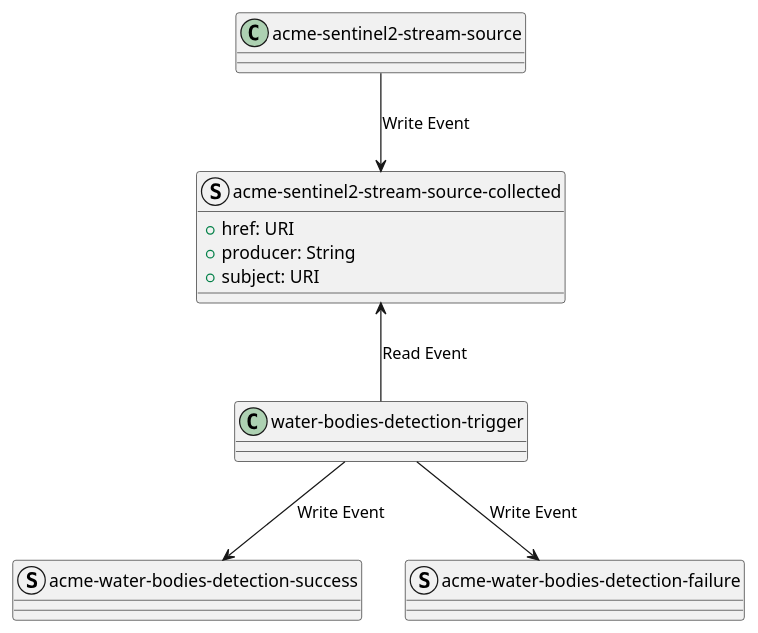
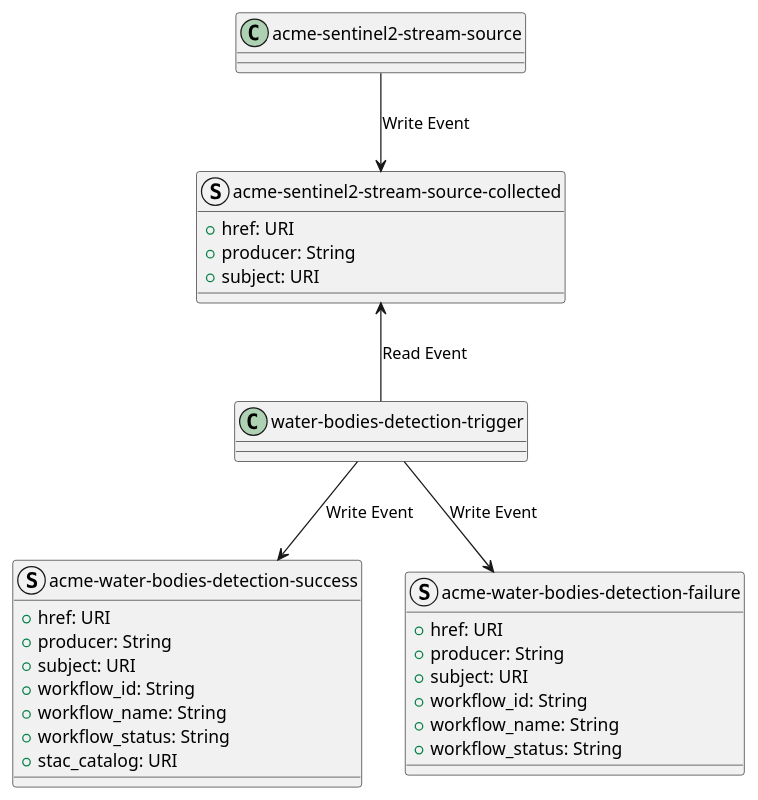
Before and after one commit to eoap/event-driven-with-argo: the diagram in docs/topics.md, drawn with PlantUML.

Commit message:
adds stream record content

````diff
--- a/docs/topics.md
+++ b/docs/topics.md
@@ -3,24 +3,41 @@
 ```puml
 @startuml
 
 class "acme-sentinel2-stream-source" as StreamSource
 
 struct "acme-sentinel2-stream-source-collected" as StreamSourceCollected {
   +href: URI
   +producer: String
   +subject: URI
 }
 
+
 class "water-bodies-detection-trigger" as WaterBodiesDetectionTrigger
 
-struct "acme-water-bodies-detection-success" as WaterBodiesDetectionSuccess
-struct "acme-water-bodies-detection-failure" as WaterBodiesDetectionFailure
+struct "acme-water-bodies-detection-success" as WaterBodiesDetectionSuccess {
+  +href: URI
+  +producer: String
+  +subject: URI
+  +workflow_id: String
+  +workflow_name: String
+  +workflow_status: String
+  +stac_catalog: URI
+}
+
+struct "acme-water-bodies-detection-failure" as WaterBodiesDetectionFailure {
+  +href: URI
+  +producer: String
+  +subject: URI
+  +workflow_id: String
+  +workflow_name: String
+  +workflow_status: String
+}
 
 StreamSource -d-> StreamSourceCollected : Write Event
 WaterBodiesDetectionTrigger -u-> StreamSourceCollected : Read Event
 
 WaterBodiesDetectionTrigger -d-> WaterBodiesDetectionSuccess : Write Event
 WaterBodiesDetectionTrigger -d-> WaterBodiesDetectionFailure : Write Event
 
 @enduml
 ```
````
